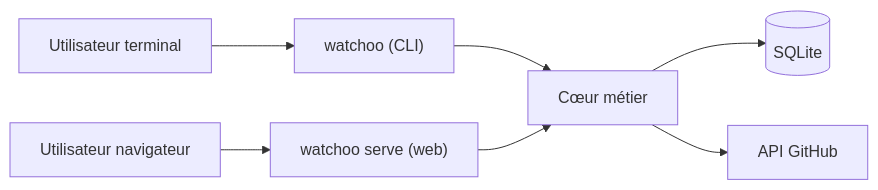
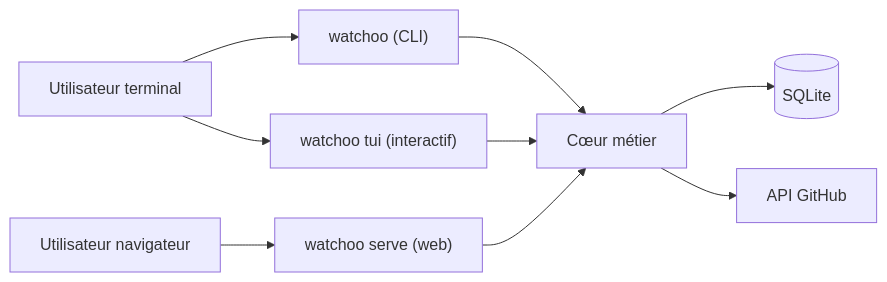
One commit to studoo-app/watchoo changed the diagram in documentation/README.md. Above: the diagram before and after it, drawn with Mermaid. The commit also changed other lines of this file and 22 other files, not shown here.

````diff
--- a/documentation/README.md
+++ b/documentation/README.md
@@ -33,9 +33,11 @@
 ```mermaid
 flowchart LR
     U1["Utilisateur terminal"] --> CLI["watchoo (CLI)"]
+    U1 --> TUI["watchoo tui (interactif)"]
     U2["Utilisateur navigateur"] --> WEB["watchoo serve (web)"]
     CLI --> CORE["Cœur métier"]
+    TUI --> CORE
     WEB --> CORE
     CORE --> DB[("SQLite")]
     CORE --> GH["API GitHub"]
 ```
````
